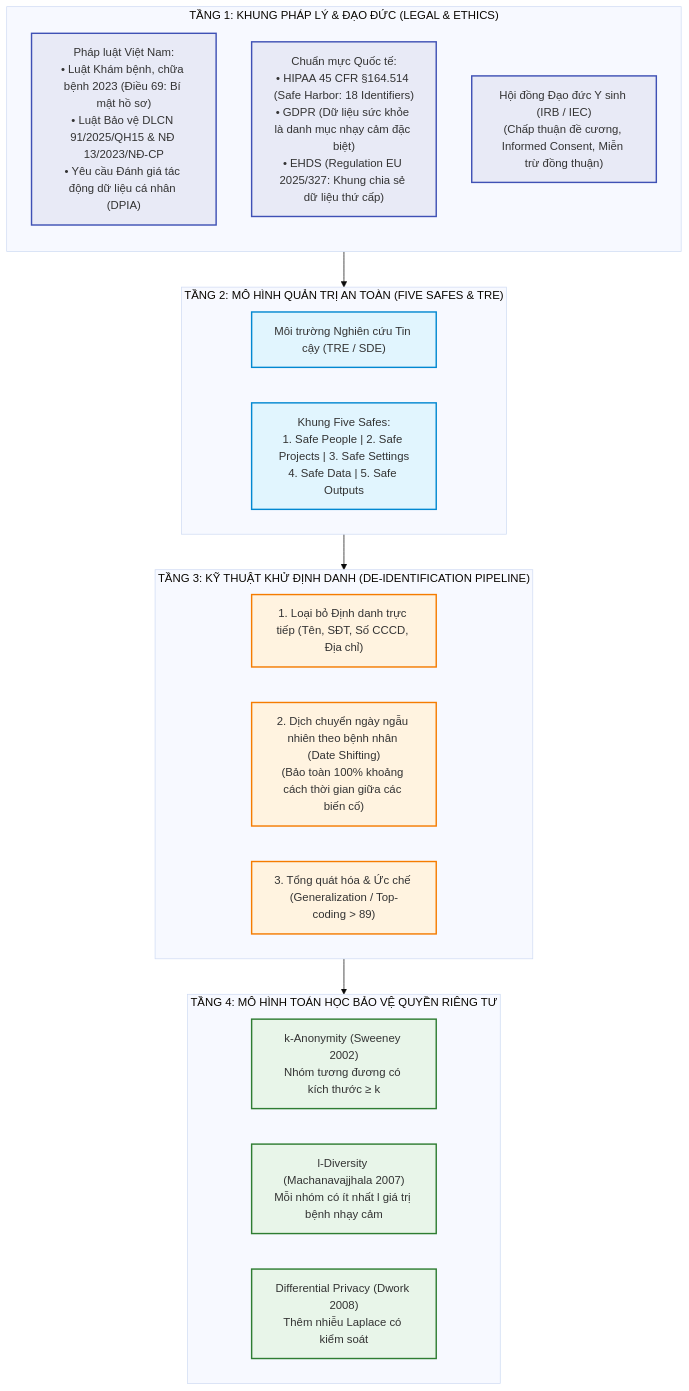
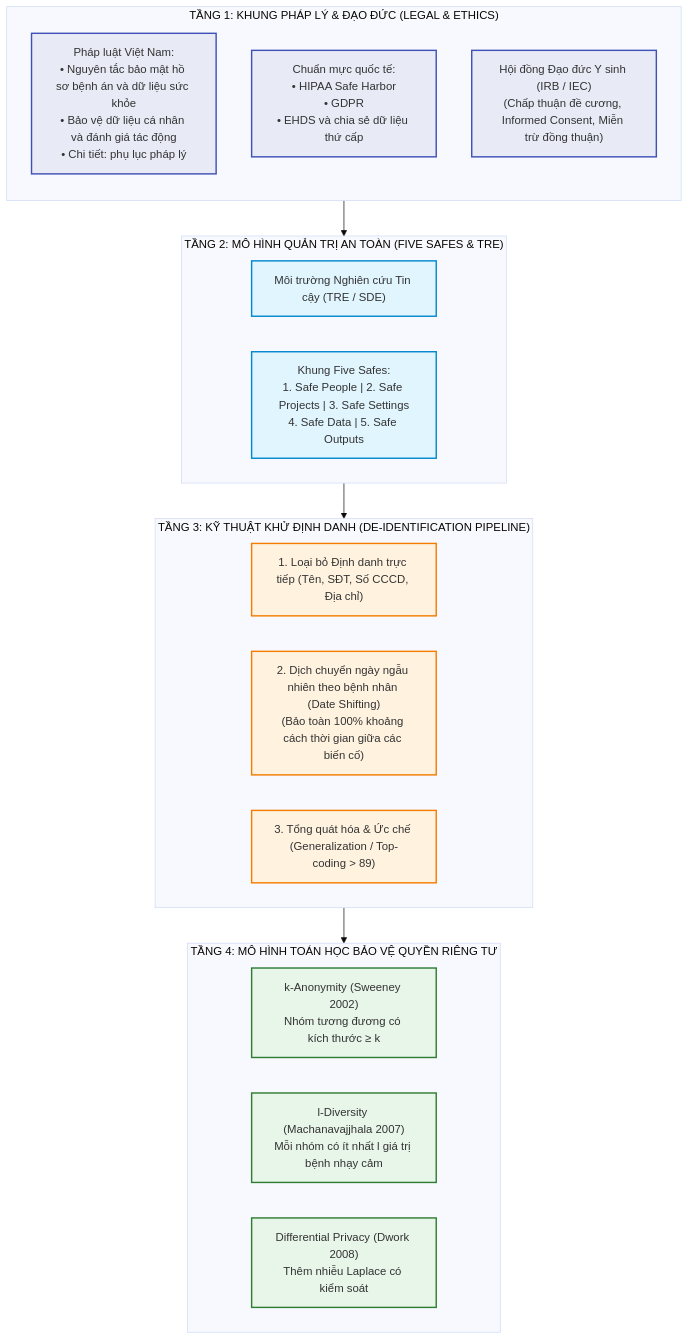
The diagram in docs/chapters/ch05_privacy_and_deidentification.md (fossbk-spec/biomedical-rdm), drawn with Mermaid (base theme) before and after one commit. The commit also changed other lines of this file and 10 other files, not shown here.

````diff
--- a/docs/chapters/ch05_privacy_and_deidentification.md
+++ b/docs/chapters/ch05_privacy_and_deidentification.md
@@ -33,40 +33,40 @@
 ```mermaid
 flowchart TD
     subgraph LAW["TẦNG 1: KHUNG PHÁP LÝ & ĐẠO ĐỨC (LEGAL & ETHICS)"]
         direction TB
-        VN["Pháp luật Việt Nam:<br/>• Luật Khám bệnh, chữa bệnh 2023 (Điều 69: Bí mật hồ sơ)<br/>• Luật Bảo vệ DLCN 91/2025/QH15 & NĐ 13/2023/NĐ-CP<br/>• Yêu cầu Đánh giá tác động dữ liệu cá nhân (DPIA)"]
-        INT["Chuẩn mực Quốc tế:<br/>• HIPAA 45 CFR §164.514 (Safe Harbor: 18 Identifiers)<br/>• GDPR (Dữ liệu sức khỏe là danh mục nhạy cảm đặc biệt)<br/>• EHDS (Regulation EU 2025/327: Khung chia sẻ dữ liệu thứ cấp)"]
+        VN["Pháp luật Việt Nam:<br/>• Nguyên tắc bảo mật hồ sơ bệnh án và dữ liệu sức khỏe<br/>• Bảo vệ dữ liệu cá nhân và đánh giá tác động<br/>• Chi tiết: phụ lục pháp lý"]
+        INT["Chuẩn mực quốc tế:<br/>• HIPAA Safe Harbor<br/>• GDPR<br/>• EHDS và chia sẻ dữ liệu thứ cấp"]
         IRB["Hội đồng Đạo đức Y sinh (IRB / IEC)<br/>(Chấp thuận đề cương, Informed Consent, Miễn trừ đồng thuận)"]
     end
 
     subgraph ARCH["TẦNG 2: MÔ HÌNH QUẢN TRỊ AN TOÀN (FIVE SAFES & TRE)"]
         TRE["Môi trường Nghiên cứu Tin cậy (TRE / SDE)"]
         FS["Khung Five Safes:<br/>1. Safe People | 2. Safe Projects | 3. Safe Settings<br/>4. Safe Data | 5. Safe Outputs"]
     end
 
     subgraph TECH["TẦNG 3: KỸ THUẬT KHỬ ĐỊNH DANH (DE-IDENTIFICATION PIPELINE)"]
         DIRECT["1. Loại bỏ Định danh trực tiếp (Tên, SĐT, Số CCCD, Địa chỉ)"]
         SHIFT["2. Dịch chuyển ngày ngẫu nhiên theo bệnh nhân (Date Shifting)<br/>(Bảo toàn 100% khoảng cách thời gian giữa các biến cố)"]
         GEN["3. Tổng quát hóa & Ức chế (Generalization / Top-coding > 89)"]
     end
 
     subgraph MATH["TẦNG 4: MÔ HÌNH TOÁN HỌC BẢO VỆ QUYỀN RIÊNG TƯ"]
         KANON["k-Anonymity (Sweeney 2002)<br/>Nhóm tương đương có kích thước ≥ k"]
         LDIV["l-Diversity (Machanavajjhala 2007)<br/>Mỗi nhóm có ít nhất l giá trị bệnh nhạy cảm"]
         DIFF["Differential Privacy (Dwork 2008)<br/>Thêm nhiễu Laplace có kiểm soát"]
     end
 
     LAW --> ARCH
     ARCH --> TECH
     TECH --> MATH
 
     classDef law fill:#e8eaf6,stroke:#3f51b5,stroke-width:2px;
     classDef arch fill:#e1f5fe,stroke:#0288d1,stroke-width:2px;
     classDef tech fill:#fff3e0,stroke:#f57c00,stroke-width:2px;
     classDef math fill:#e8f5e9,stroke:#2e7d32,stroke-width:2px;
 
     class VN,INT,IRB law;
     class TRE,FS arch;
     class DIRECT,SHIFT,GEN tech;
     class KANON,LDIV,DIFF math;
 ```
````
